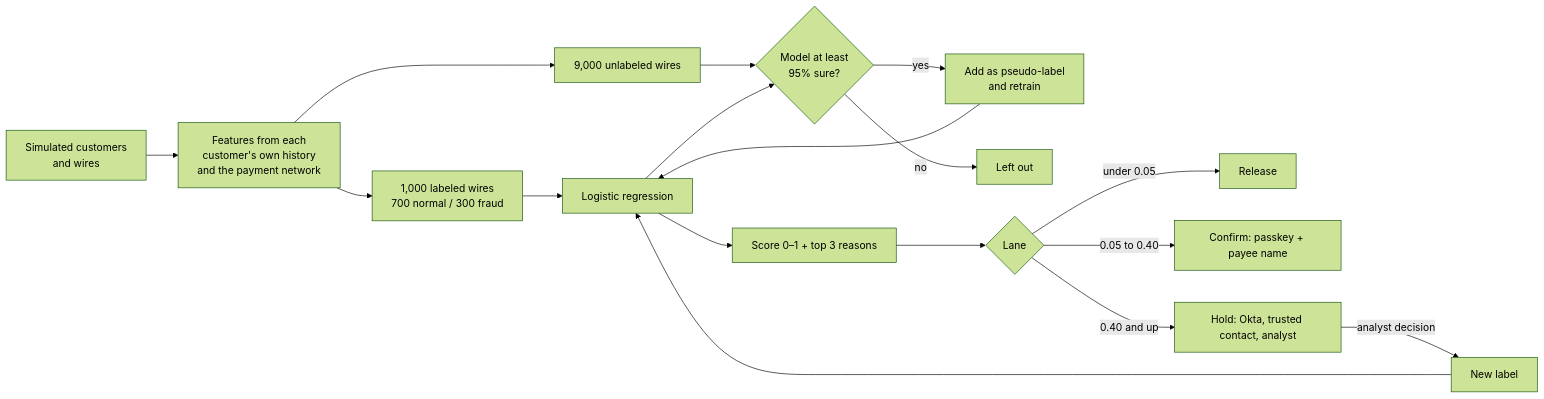
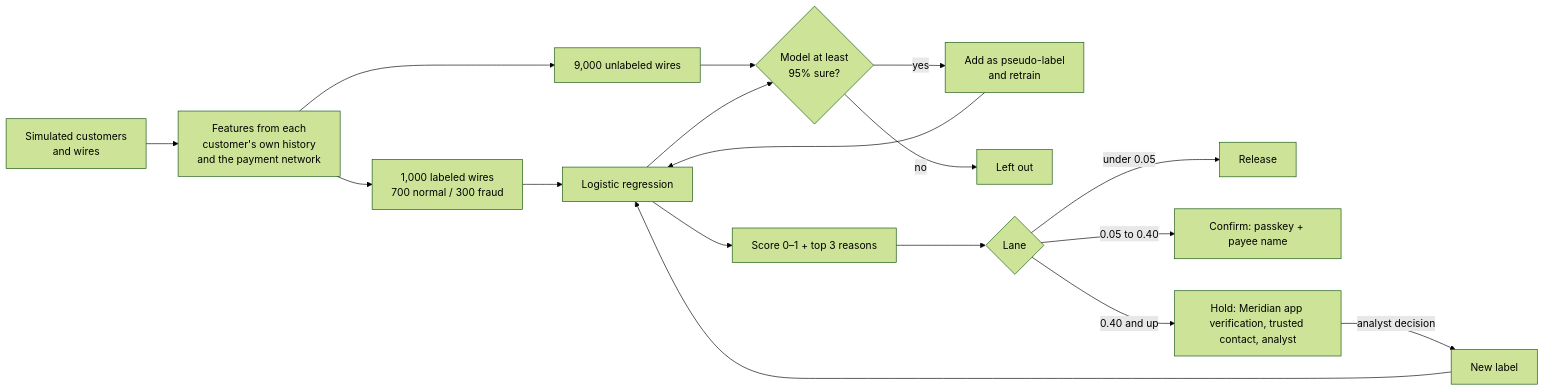
Before and after one commit to jbaziano/DeloitteFall-26prototype: the diagram in README.md, drawn with Mermaid (forest theme). The commit also changed other lines of this file and 5 other files, not shown here.

````diff
--- a/README.md
+++ b/README.md
@@ -26,18 +26,18 @@
 ```mermaid
 flowchart LR
   A[Simulated customers<br/>and wires] --> B[Features from each<br/>customer's own history<br/>and the payment network]
   B --> C[1,000 labeled wires<br/>700 normal / 300 fraud]
   B --> D[9,000 unlabeled wires]
   C --> E[Logistic regression]
   D --> F{Model at least<br/>95% sure?}
   E --> F
   F -- yes --> G[Add as pseudo-label<br/>and retrain]
   G --> E
   F -- no --> H[Left out]
   E --> I[Score 0–1 + top 3 reasons]
   I --> J{Lane}
   J -- under 0.05 --> K[Release]
   J -- 0.05 to 0.40 --> L[Confirm: passkey + payee name]
-  J -- 0.40 and up --> M[Hold: Okta, trusted contact, analyst]
+  J -- 0.40 and up --> M[Hold: Meridian app verification, trusted contact, analyst]
   M -- analyst decision --> N[New label] --> E
 ```
````
